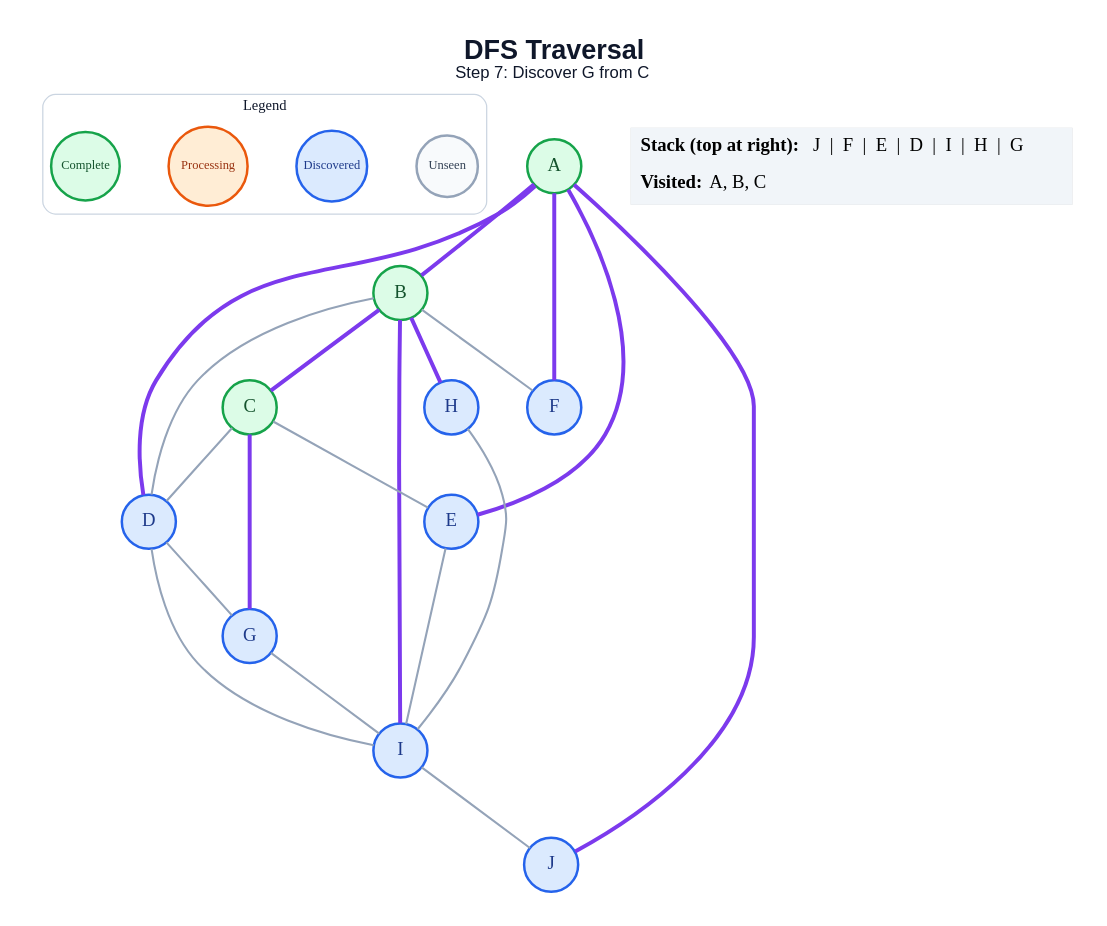
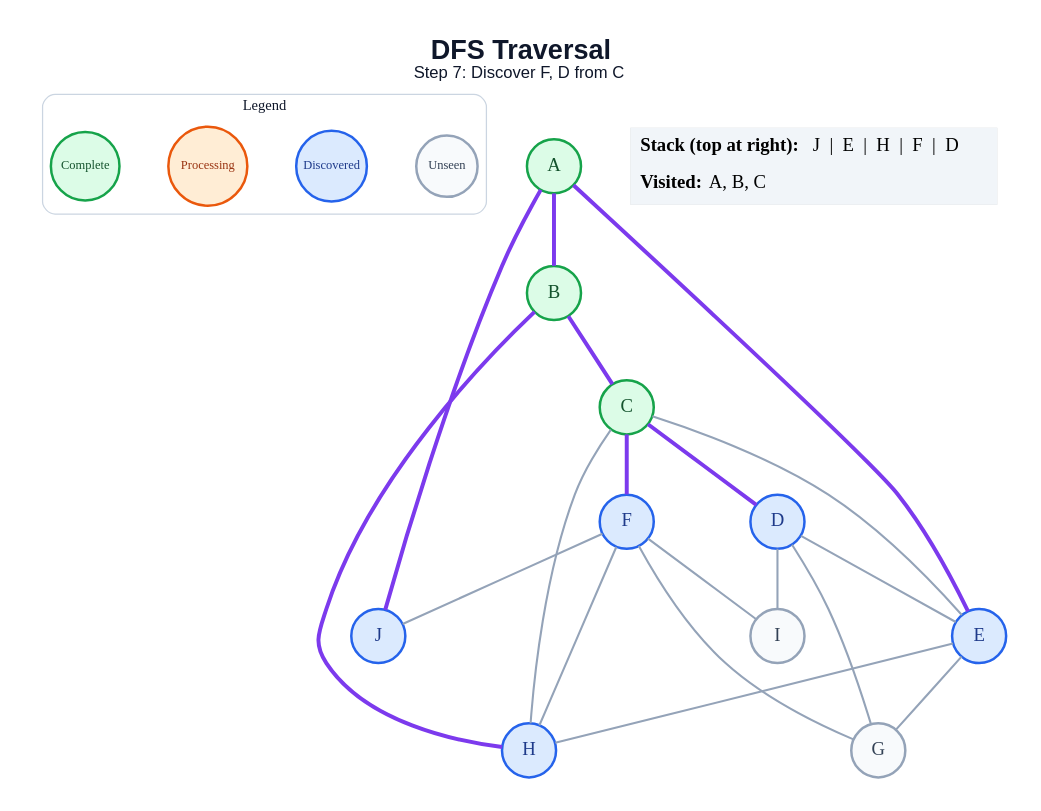
The diagram in generated/dfs/step_07.dot (amanghodawala9/ai-slop), drawn with Graphviz before and after one commit. The commit also changed 178 other files, not shown here.

```diff
--- a/generated/dfs/step_07.dot
+++ b/generated/dfs/step_07.dot
@@ -1,48 +1,47 @@
 graph traversal {
   graph [layout=dot, rankdir=TB, bgcolor="#FFFFFF", pad="0.35", nodesep="0.65", ranksep="0.8", fontname="Arial"];
   node [shape=circle, style="filled", fontname="Arial Bold", fontsize=18, width=0.72, fixedsize=true, penwidth=2.4];
   edge [color="#94A3B8", penwidth=2.0];
-  label=<<B>DFS Traversal</B><BR/><FONT POINT-SIZE="16">Step 7: Discover G from C</FONT>>; labelloc="t"; fontsize=26; fontname="Arial"; fontcolor="#0F172A";
+  label=<<B>DFS Traversal</B><BR/><FONT POINT-SIZE="16">Step 7: Discover F, D from C</FONT>>; labelloc="t"; fontsize=26; fontname="Arial"; fontcolor="#0F172A";
   subgraph cluster_legend { label="Legend"; color="#CBD5E1"; penwidth=1.2; style="rounded"; fontsize=14; fontname="Arial Bold";
     key_unseen [label="Unseen", fillcolor="#F8FAFC", color="#94A3B8", fontcolor="#334155", fontsize=12, width=0.82];
     key_frontier [label="Discovered", fillcolor="#DBEAFE", color="#2563EB", fontcolor="#1E3A8A", fontsize=12, width=0.95];
     key_current [label="Processing", fillcolor="#FFEDD5", color="#EA580C", fontcolor="#9A3412", fontsize=12, width=1.05];
     key_done [label="Complete", fillcolor="#DCFCE7", color="#16A34A", fontcolor="#14532D", fontsize=12, width=0.92];
     { rank=same; key_unseen; key_frontier; key_current; key_done; }
   }
   A [fillcolor="#DCFCE7", color="#16A34A", fontcolor="#14532D"];
   B [fillcolor="#DCFCE7", color="#16A34A", fontcolor="#14532D"];
   C [fillcolor="#DCFCE7", color="#16A34A", fontcolor="#14532D"];
   D [fillcolor="#DBEAFE", color="#2563EB", fontcolor="#1E3A8A"];
   E [fillcolor="#DBEAFE", color="#2563EB", fontcolor="#1E3A8A"];
   F [fillcolor="#DBEAFE", color="#2563EB", fontcolor="#1E3A8A"];
-  G [fillcolor="#DBEAFE", color="#2563EB", fontcolor="#1E3A8A"];
+  G [fillcolor="#F8FAFC", color="#94A3B8", fontcolor="#334155"];
   H [fillcolor="#DBEAFE", color="#2563EB", fontcolor="#1E3A8A"];
-  I [fillcolor="#DBEAFE", color="#2563EB", fontcolor="#1E3A8A"];
+  I [fillcolor="#F8FAFC", color="#94A3B8", fontcolor="#334155"];
   J [fillcolor="#DBEAFE", color="#2563EB", fontcolor="#1E3A8A"];
   A -- B [color="#7C3AED", penwidth=3.8];
-  A -- D [color="#7C3AED", penwidth=3.8];
   A -- E [color="#7C3AED", penwidth=3.8];
-  A -- F [color="#7C3AED", penwidth=3.8];
   A -- J [color="#7C3AED", penwidth=3.8];
   B -- C [color="#7C3AED", penwidth=3.8];
-  B -- D;
-  B -- F;
   B -- H [color="#7C3AED", penwidth=3.8];
-  B -- I [color="#7C3AED", penwidth=3.8];
-  C -- D;
+  C -- D [color="#7C3AED", penwidth=3.8];
   C -- E;
-  C -- G [color="#7C3AED", penwidth=3.8];
+  C -- F [color="#7C3AED", penwidth=3.8];
+  C -- H;
+  D -- E;
   D -- G;
   D -- I;
-  E -- I;
-  G -- I;
-  H -- I;
-  I -- J;
+  E -- G;
+  E -- H;
+  F -- G;
+  F -- H;
+  F -- I;
+  F -- J;
   status [shape=plain, fixedsize=false, width=0, height=0, margin=0, label=<
     <TABLE BORDER="0" CELLBORDER="0" CELLPADDING="7" BGCOLOR="#F1F5F9">
-      <TR><TD ALIGN="LEFT"><B>Stack (top at right):</B> J  |  F  |  E  |  D  |  I  |  H  |  G</TD></TR>
+      <TR><TD ALIGN="LEFT"><B>Stack (top at right):</B> J  |  E  |  H  |  F  |  D</TD></TR>
       <TR><TD ALIGN="LEFT"><B>Visited:</B> A, B, C</TD></TR>
     </TABLE>
   >];
 }
```
